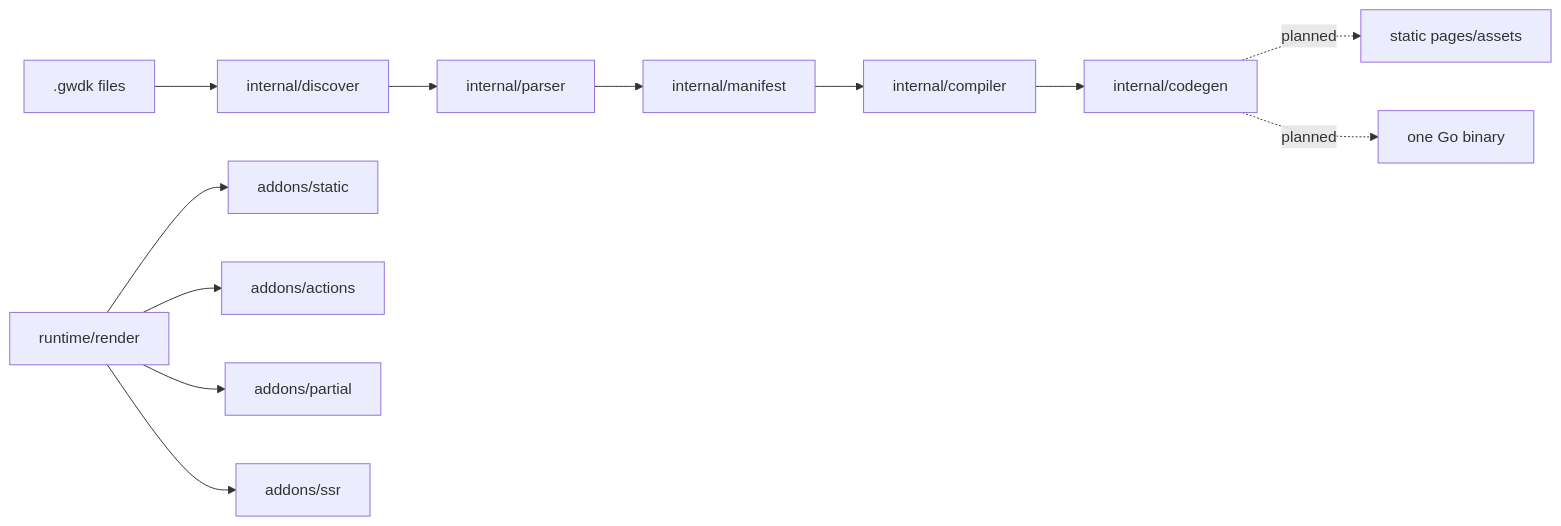
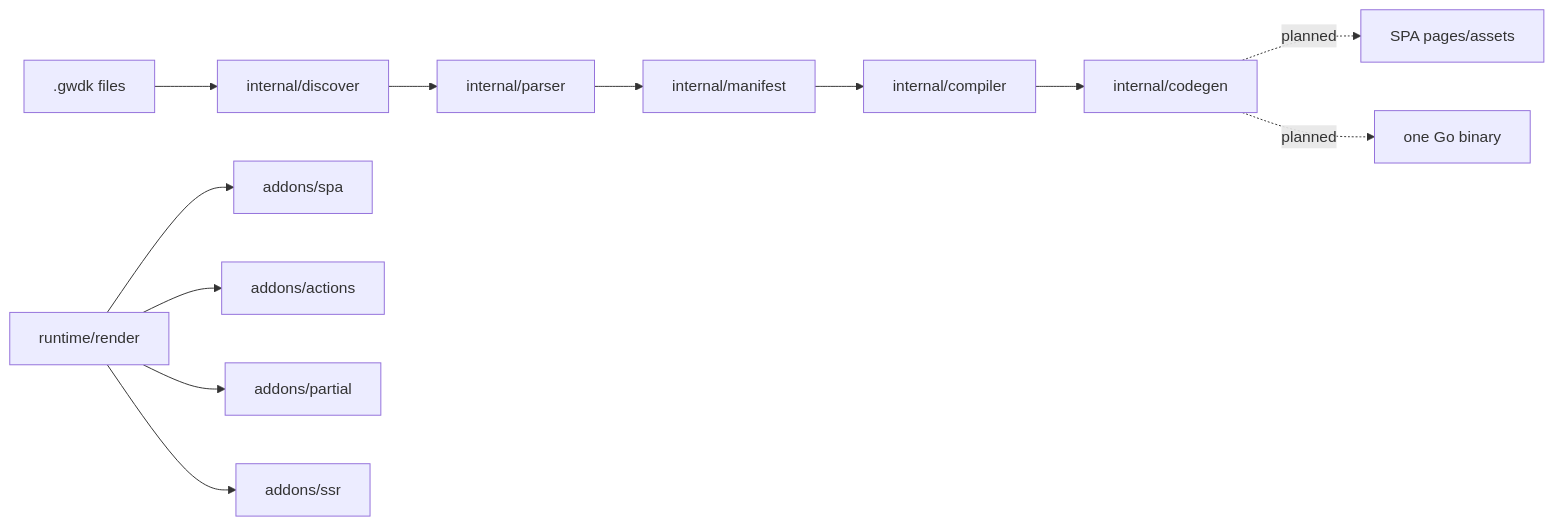
Before and after one commit to cssbruno/GoWDK: the diagram in docs/engineering/architecture.md, drawn with Mermaid. The commit also changed other lines of this file and 97 other files, not shown here.

````diff
--- a/docs/engineering/architecture.md
+++ b/docs/engineering/architecture.md
@@ -204,15 +205,15 @@
 ```mermaid
 flowchart LR
   Source[.gwdk files] --> Discover[internal/discover]
   Discover --> Parser[internal/parser]
   Parser --> Manifest[internal/manifest]
   Manifest --> Compiler[internal/compiler]
   Compiler --> Codegen[internal/codegen]
-  Codegen -. planned .-> Static[static pages/assets]
+  Codegen -. planned .-> SPA[SPA pages/assets]
   Codegen -. planned .-> Binary[one Go binary]
 
-  Render[runtime/render] --> StaticAddon[addons/static]
+  Render[runtime/render] --> SPAAddon[addons/spa]
   Render --> ActionsAddon[addons/actions]
   Render --> PartialAddon[addons/partial]
   Render --> SSRAddon[addons/ssr]
 ```
````
